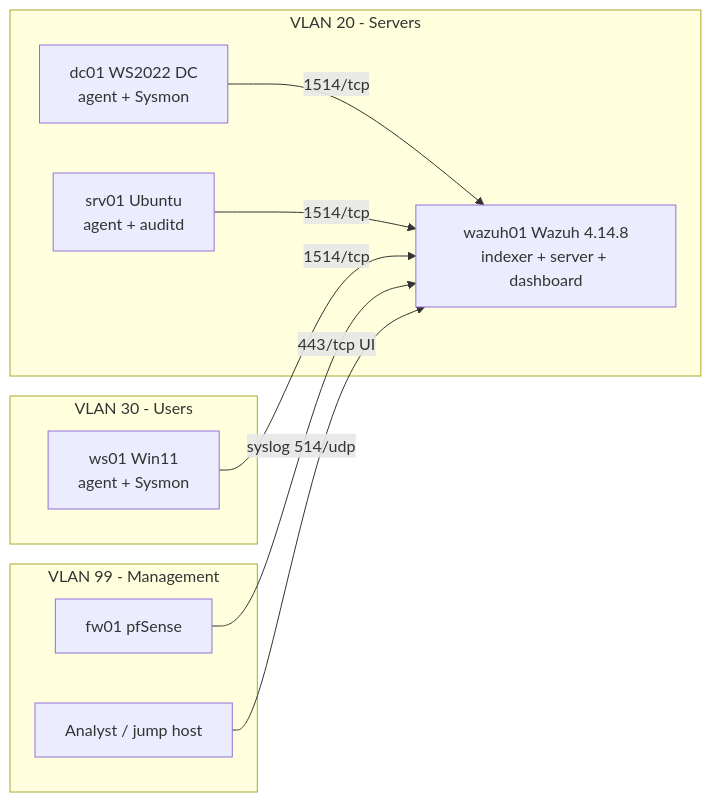
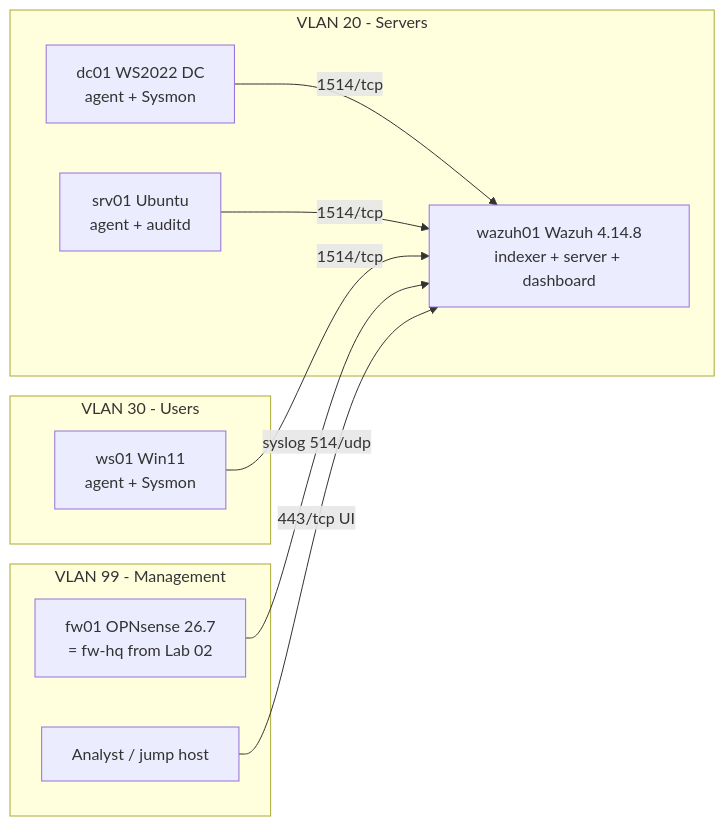
The diagram in diagrams/architecture.mmd (santorest/lab-01-wazuh-siem), drawn with Mermaid before and after one commit. The commit also changed 6 other files, not shown here.

Commit message:
docs: fw01 is OPNsense (built in Lab 02)

```diff
--- a/diagrams/architecture.mmd
+++ b/diagrams/architecture.mmd
@@ -1,19 +1,19 @@
 %% Source for architecture.svg (kept in sync by hand)
 flowchart LR
   subgraph V20[VLAN 20 - Servers]
     dc01[dc01 WS2022 DC<br/>agent + Sysmon]
     srv01[srv01 Ubuntu<br/>agent + auditd]
     wazuh[wazuh01 Wazuh 4.14.8<br/>indexer + server + dashboard]
   end
   subgraph V30[VLAN 30 - Users]
     ws01[ws01 Win11<br/>agent + Sysmon]
   end
   subgraph V99[VLAN 99 - Management]
-    fw[fw01 pfSense]
+    fw[fw01 OPNsense 26.7<br/>= fw-hq from Lab 02]
     analyst[Analyst / jump host]
   end
   dc01 -- 1514/tcp --> wazuh
   srv01 -- 1514/tcp --> wazuh
   ws01 -- 1514/tcp --> wazuh
   fw -- syslog 514/udp --> wazuh
   analyst -- 443/tcp UI --> wazuh
```
